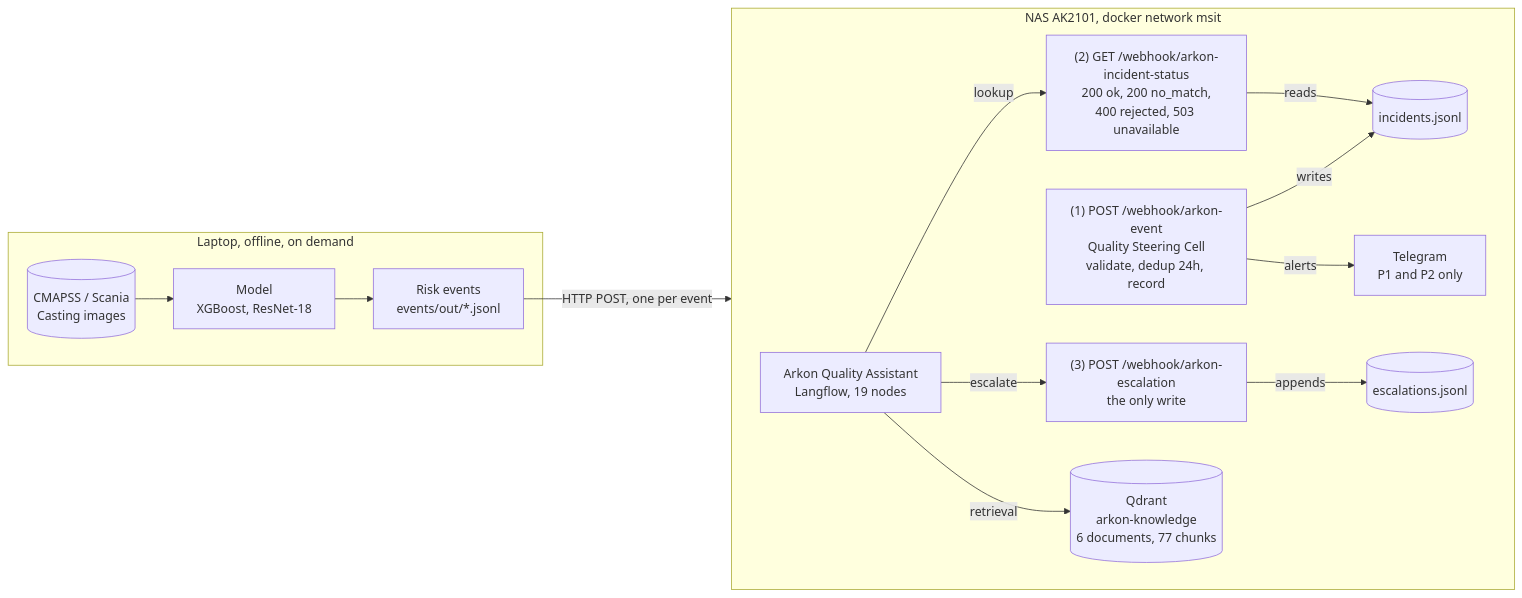
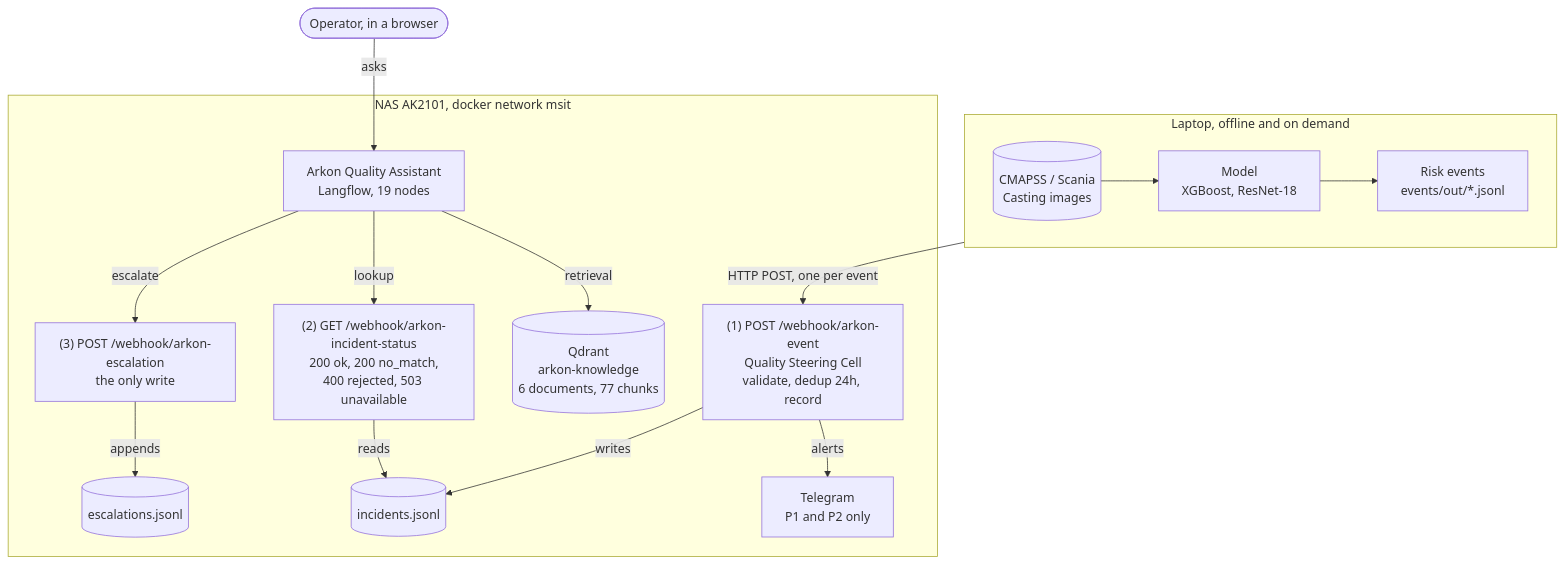
Before and after one commit to sergey-kasatov/arkon-manufacturing-ai: the first of 2 diagrams in README.md, drawn with Mermaid. The commit also changed other lines of this file and 10 other files, not shown here.

````diff
--- a/README.md
+++ b/README.md
@@ -36,31 +105,31 @@
 ```mermaid
-flowchart LR
-  subgraph LAPTOP["Laptop, offline, on demand"]
-    DATA[("CMAPSS / Scania<br/>Casting images")]
-    MODEL["Model<br/>XGBoost, ResNet-18"]
-    EV["Risk events<br/>events/out/*.jsonl"]
-    DATA --> MODEL --> EV
+flowchart TB
+  subgraph LAPTOP["Laptop, offline and on demand"]
+    direction LR
+    DATA[("CMAPSS / Scania<br/>Casting images")] --> MODEL["Model<br/>XGBoost, ResNet-18"] --> EV["Risk events<br/>events/out/*.jsonl"]
   end
 
+  OP(["Operator, in a browser"])
+
   subgraph NAS["NAS AK2101, docker network msit"]
-    direction LR
     W1["(1) POST /webhook/arkon-event<br/>Quality Steering Cell<br/>validate, dedup 24h, record"]
+    ASSIST["Arkon Quality Assistant<br/>Langflow, 19 nodes"]
     W2["(2) GET /webhook/arkon-incident-status<br/>200 ok, 200 no_match,<br/>400 rejected, 503 unavailable"]
     W3["(3) POST /webhook/arkon-escalation<br/>the only write"]
+    QD[("Qdrant<br/>arkon-knowledge<br/>6 documents, 77 chunks")]
     INC[("incidents.jsonl")]
     ESC[("escalations.jsonl")]
-    QD[("Qdrant<br/>arkon-knowledge<br/>6 documents, 77 chunks")]
-    ASSIST["Arkon Quality Assistant<br/>Langflow, 19 nodes"]
     TG["Telegram<br/>P1 and P2 only"]
 
+    W1 -- alerts --> TG
     W1 -- writes --> INC
-    W1 -- alerts --> TG
+    ASSIST -- retrieval --> QD
+    ASSIST -- lookup --> W2
+    ASSIST -- escalate --> W3
     W2 -- reads --> INC
     W3 -- appends --> ESC
-    ASSIST -- lookup --> W2
-    ASSIST -- escalate --> W3
-    ASSIST -- retrieval --> QD
   end
 
   EV -- "HTTP POST, one per event" --> W1
+  OP -- "asks" --> ASSIST
 ```
````
